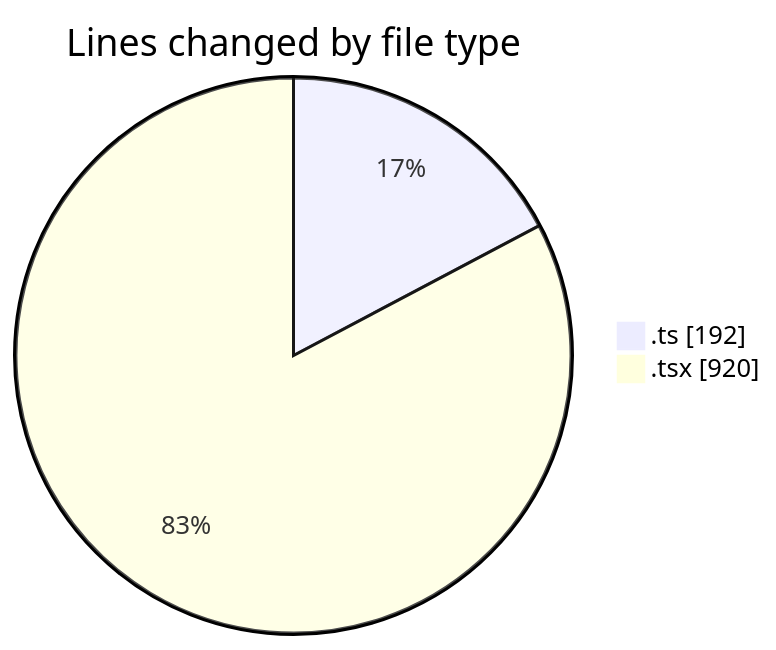
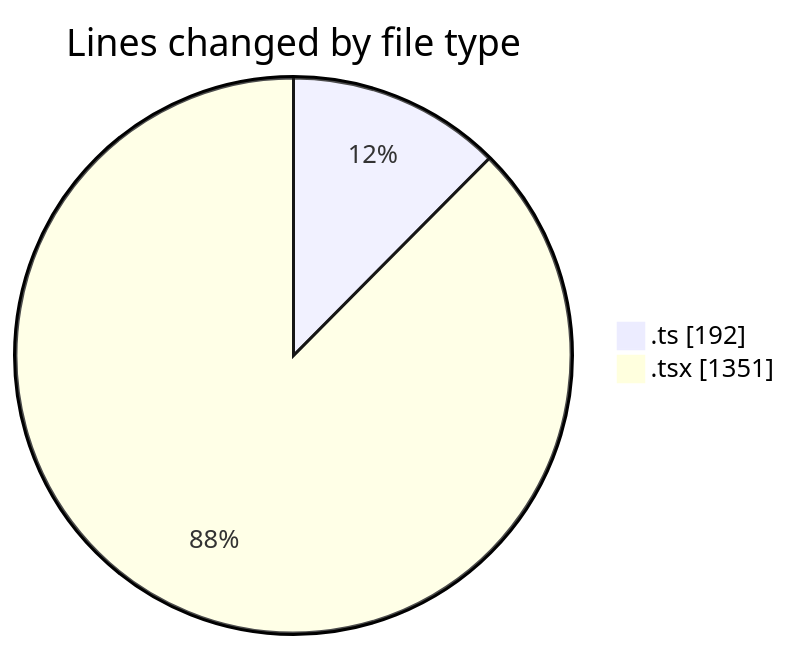
One commit to momahboobian/code-tracking changed the first of 2 diagrams in 2025-07-04/cda/README.md. Above: the diagram before and after it, drawn with Mermaid. The commit also changed other lines of this file and 1 other file, not shown here.

````diff
--- a/2025-07-04/cda/README.md
+++ b/2025-07-04/cda/README.md
@@ -24,6 +24,6 @@
 ```mermaid
 pie showData
 title Lines changed by file type
 ".ts" : 192
-".tsx" : 920
+".tsx" : 1351
 ```
````
